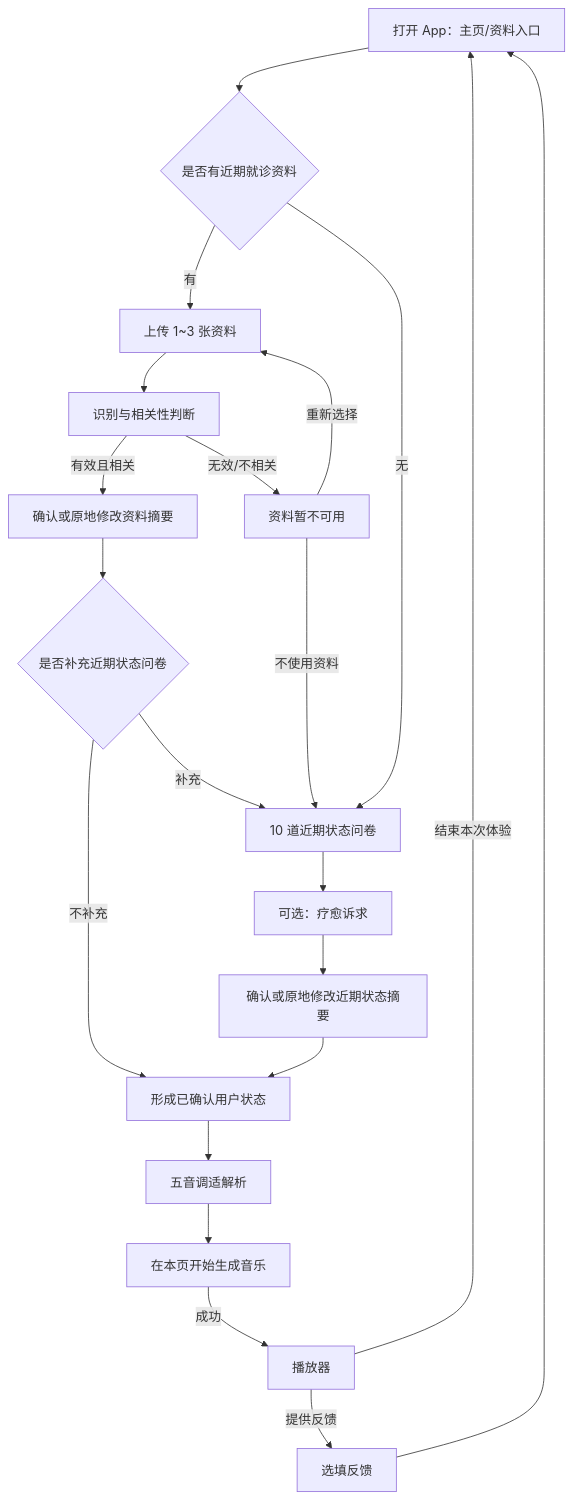
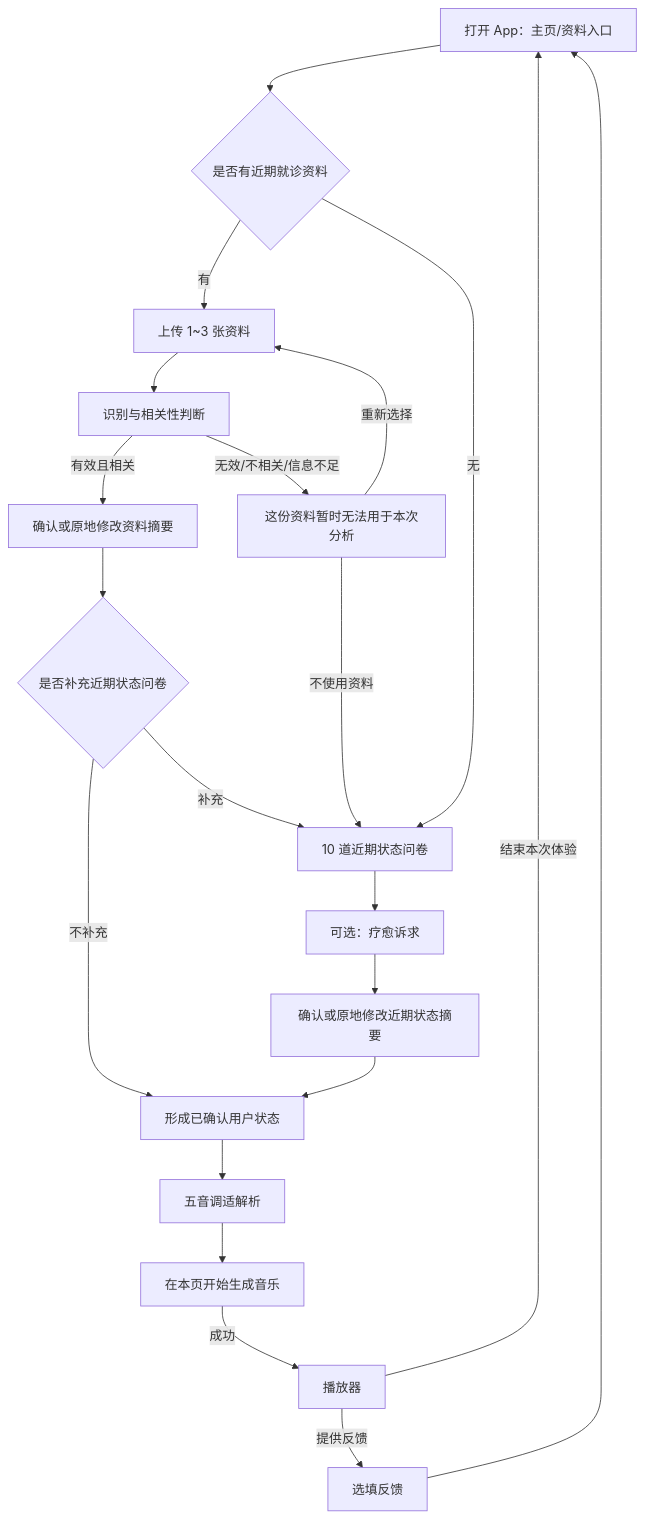
One commit to chenjz111/HarmonyAI changed the first of 3 diagrams in docs/product/app-v3.1-provisional-owner-flow.md. Above: the diagram before and after it, drawn with Mermaid. The commit also changed other lines of this file and 4 other files, not shown here.

````diff
--- a/docs/product/app-v3.1-provisional-owner-flow.md
+++ b/docs/product/app-v3.1-provisional-owner-flow.md
@@ -12,23 +12,23 @@
 ```mermaid
 flowchart TD
     A[打开 App：主页/资料入口] --> B{是否有近期就诊资料}
     B -->|有| C[上传 1~3 张资料]
     C --> D[识别与相关性判断]
     D -->|有效且相关| E[确认或原地修改资料摘要]
-    D -->|无效/不相关| F[资料暂不可用]
+    D -->|无效/不相关/信息不足| F[这份资料暂时无法用于本次分析]
     F -->|重新选择| C
     F -->|不使用资料| H[10 道近期状态问卷]
     E --> G{是否补充近期状态问卷}
     G -->|不补充| J[形成已确认用户状态]
     G -->|补充| H
     B -->|无| H
     H --> I[可选：疗愈诉求]
     I --> K[确认或原地修改近期状态摘要]
     K --> J
     J --> L[五音调适解析]
     L --> M[在本页开始生成音乐]
     M -->|成功| N[播放器]
     N -->|结束本次体验| A
     N -->|提供反馈| O[选填反馈]
     O --> A
 ```
````
